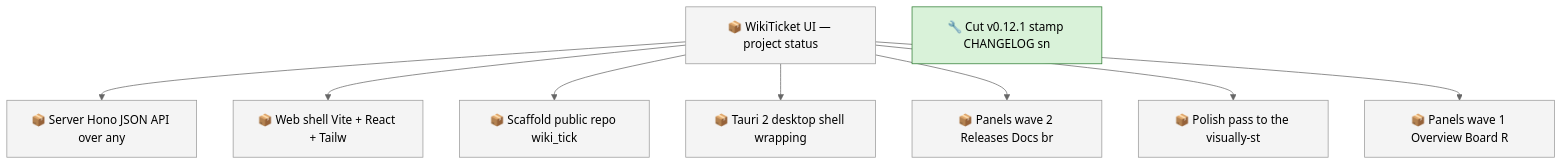
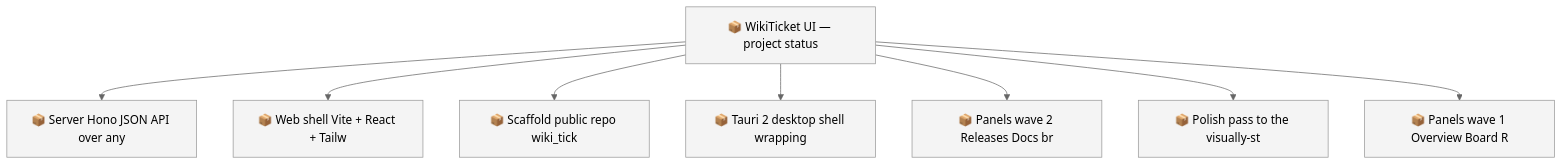
One commit to SpillwaveSolutions/wiki_ticket_sdd changed the first of 2 diagrams in docs/roadmap.md. Above: the diagram before and after it, drawn with Mermaid (neutral theme). The commit also changed other lines of this file and 2 other files, not shown here.

````diff
--- a/docs/roadmap.md
+++ b/docs/roadmap.md
@@ -57,23 +45,20 @@
 ```mermaid
 graph TD
     01KY111BC71KJGNH55CB2DWMKN["📦 Server Hono JSON API over any"]
     01KY111BC7B70C7M2RF1E57G17["📦 Web shell Vite + React + Tailw"]
     01KY111BC7NJ4BE7JBDK2P6Y56["📦 Scaffold public repo wiki_tick"]
     01KY111BC7PABV8W6SDNVQACSN["📦 WikiTicket UI — project status"]
     01KY111BC842N3J7Y7H85NHSEG["📦 Tauri 2 desktop shell wrapping"]
     01KY111BC88FS6QD49JADZ9CJ5["📦 Panels wave 2 Releases Docs br"]
     01KY111BC8F9BH0T3TERYEFC3C["📦 Polish pass to the visually-st"]
     01KY111BC8QJAS9KH7N368N6RF["📦 Panels wave 1 Overview Board R"]
-    01KY2J9WN6WN6A8TVMR1TNS6ZX["🔧 Cut v0.12.1 stamp CHANGELOG sn"]
     01KY111BC7PABV8W6SDNVQACSN --> 01KY111BC71KJGNH55CB2DWMKN
     01KY111BC7PABV8W6SDNVQACSN --> 01KY111BC7B70C7M2RF1E57G17
     01KY111BC7PABV8W6SDNVQACSN --> 01KY111BC7NJ4BE7JBDK2P6Y56
     01KY111BC7PABV8W6SDNVQACSN --> 01KY111BC842N3J7Y7H85NHSEG
     01KY111BC7PABV8W6SDNVQACSN --> 01KY111BC88FS6QD49JADZ9CJ5
     01KY111BC7PABV8W6SDNVQACSN --> 01KY111BC8F9BH0T3TERYEFC3C
     01KY111BC7PABV8W6SDNVQACSN --> 01KY111BC8QJAS9KH7N368N6RF
     classDef todo fill:#f4f4f4,stroke:#999999
     class 01KY111BC71KJGNH55CB2DWMKN,01KY111BC7B70C7M2RF1E57G17,01KY111BC7NJ4BE7JBDK2P6Y56,01KY111BC7PABV8W6SDNVQACSN,01KY111BC842N3J7Y7H85NHSEG,01KY111BC88FS6QD49JADZ9CJ5,01KY111BC8F9BH0T3TERYEFC3C,01KY111BC8QJAS9KH7N368N6RF todo
-    classDef in_progress fill:#d9f2d9,stroke:#2e7d32
-    class 01KY2J9WN6WN6A8TVMR1TNS6ZX in_progress
 ```
````
